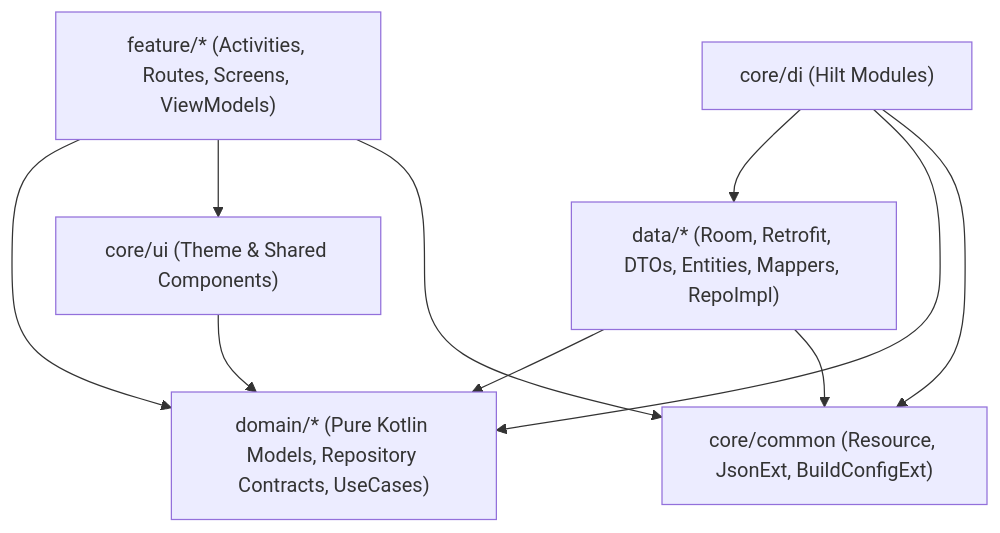
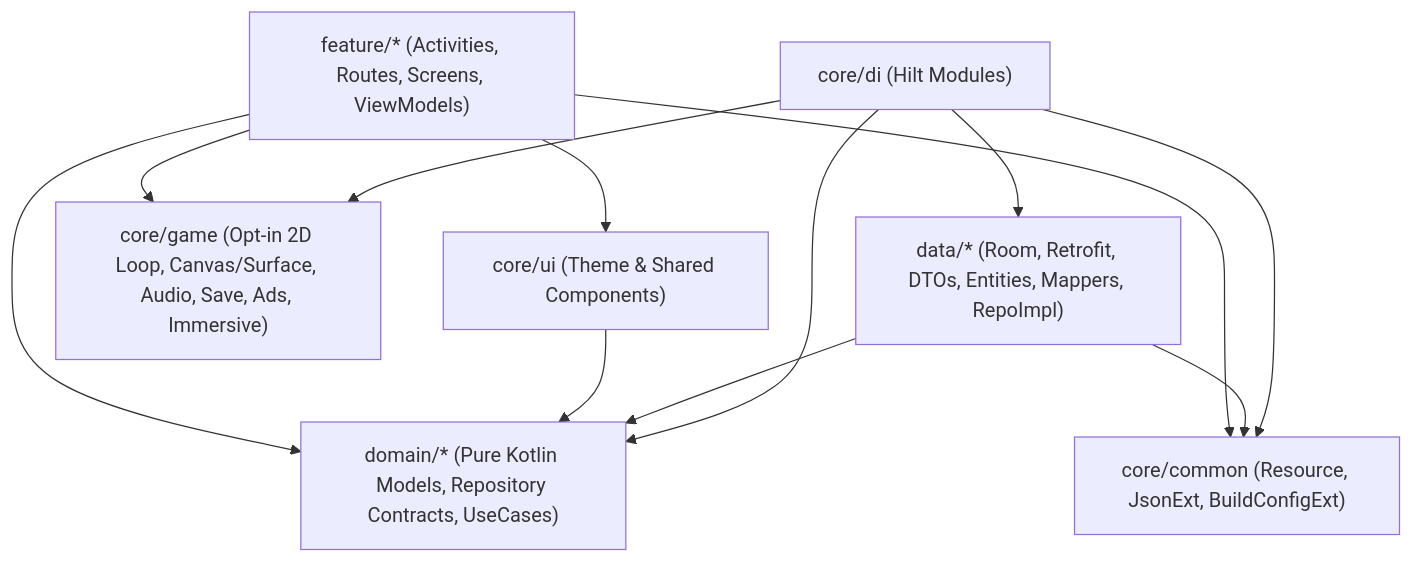
Before and after one commit to amirisback/init-android-apps: the diagram in ARCHITECTURE.md, drawn with Mermaid. The commit also changed other lines of this file and 33 other files, not shown here.

````diff
--- a/ARCHITECTURE.md
+++ b/ARCHITECTURE.md
@@ -137,19 +174,22 @@
 ```mermaid
 flowchart TD
     Feature["feature/* (Activities, Routes, Screens, ViewModels)"]
     CoreUI["core/ui (Theme & Shared Components)"]
+    CoreGame["core/game (Opt-in 2D Loop, Canvas/Surface, Audio, Save, Ads, Immersive)"]
     CoreCommon["core/common (Resource, JsonExt, BuildConfigExt)"]
     CoreDI["core/di (Hilt Modules)"]
     Domain["domain/* (Pure Kotlin Models, Repository Contracts, UseCases)"]
     Data["data/* (Room, Retrofit, DTOs, Entities, Mappers, RepoImpl)"]
 
     Feature --> Domain
     Feature --> CoreUI
+    Feature --> CoreGame
     Feature --> CoreCommon
     CoreUI --> Domain
     Data --> Domain
     Data --> CoreCommon
     CoreDI --> Data
     CoreDI --> Domain
+    CoreDI --> CoreGame
     CoreDI --> CoreCommon
 ```
````
